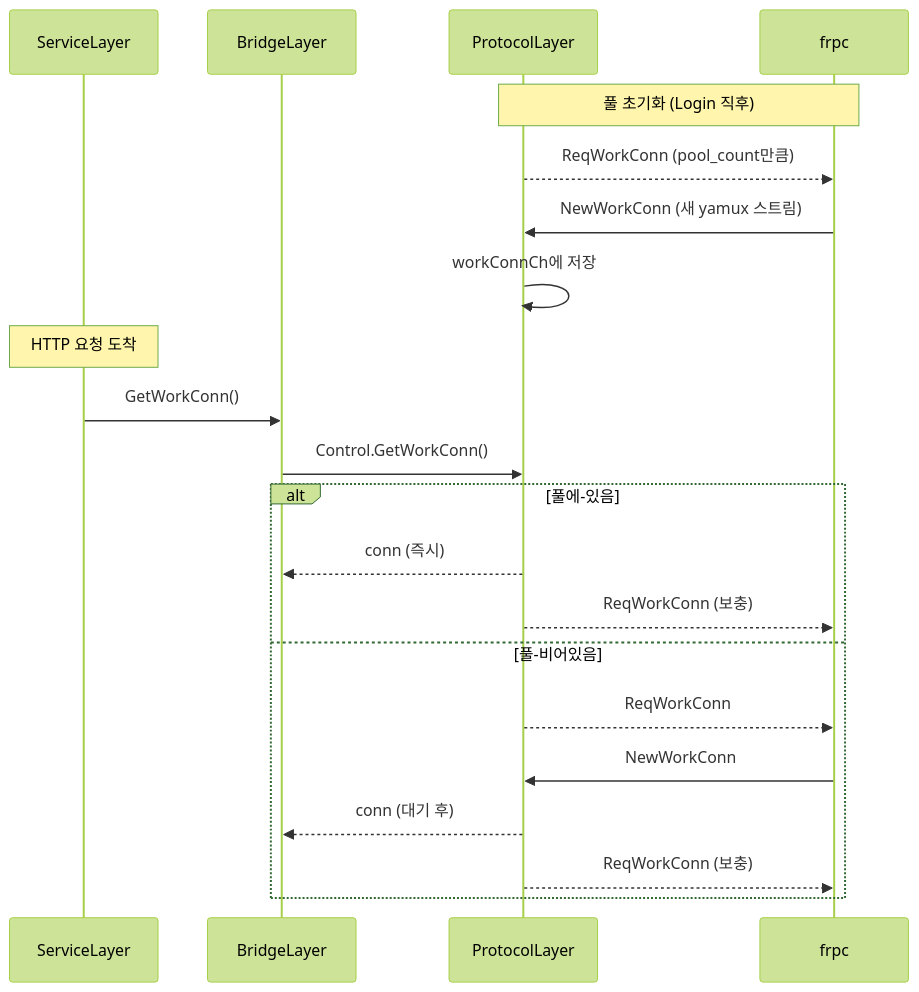
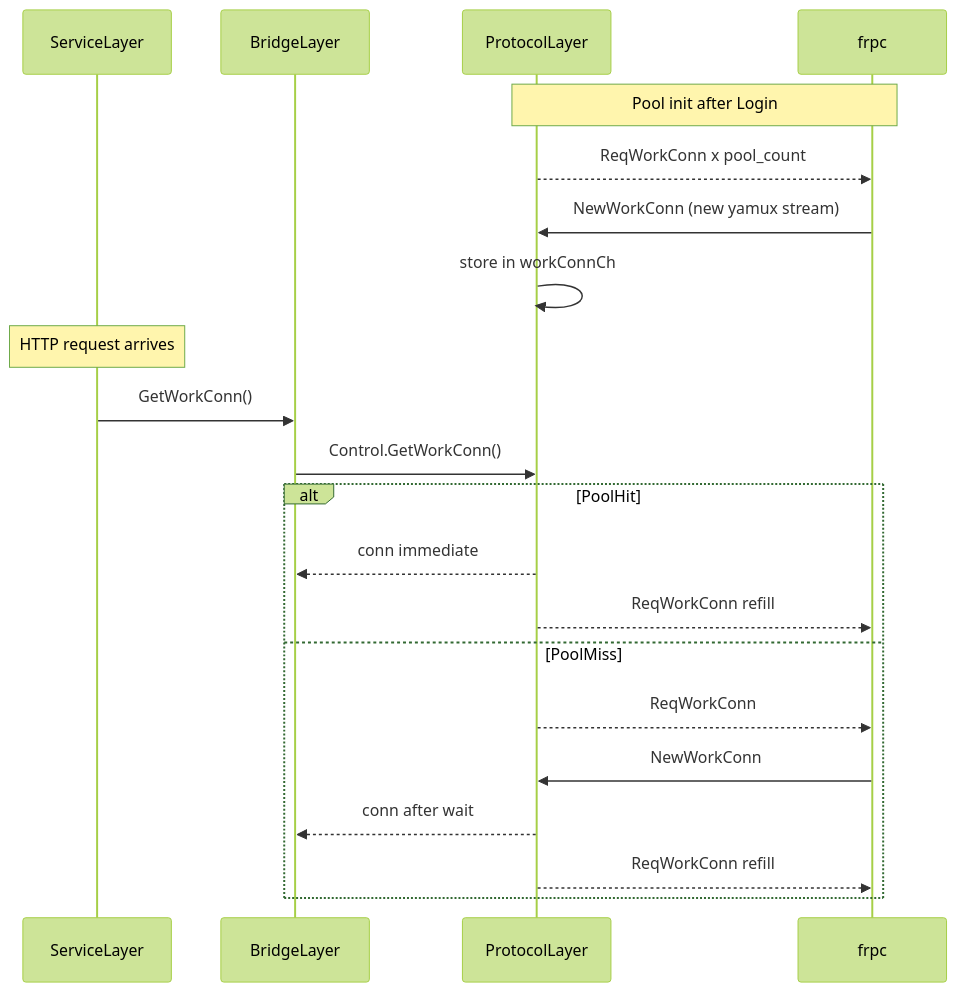
Before and after one commit to cagojeiger/drp: the fifth of 6 diagrams in docs/architecture/protocol-layer.md, drawn with Mermaid (forest theme). The commit also changed other lines of this file and 2 other files, not shown here.

First line of the commit message:
fix(docs): fix Mermaid syntax for VS Code compatibility

````diff
--- a/docs/architecture/protocol-layer.md
+++ b/docs/architecture/protocol-layer.md
@@ -108,26 +108,26 @@
 ```mermaid
 sequenceDiagram
     participant S as ServiceLayer
     participant B as BridgeLayer
     participant P as ProtocolLayer
     participant F as frpc
 
-    Note over P,F: 풀 초기화 (Login 직후)
-    P-->>F: ReqWorkConn (pool_count만큼)
-    F->>P: NewWorkConn (새 yamux 스트림)
-    P->>P: workConnCh에 저장
+    Note over P,F: Pool init after Login
+    P-->>F: ReqWorkConn x pool_count
+    F->>P: NewWorkConn (new yamux stream)
+    P->>P: store in workConnCh
 
-    Note over S: HTTP 요청 도착
+    Note over S: HTTP request arrives
     S->>B: GetWorkConn()
     B->>P: Control.GetWorkConn()
 
-    alt 풀에-있음
-        P-->>B: conn (즉시)
-        P-->>F: ReqWorkConn (보충)
-    else 풀-비어있음
+    alt PoolHit
+        P-->>B: conn immediate
+        P-->>F: ReqWorkConn refill
+    else PoolMiss
         P-->>F: ReqWorkConn
         F->>P: NewWorkConn
-        P-->>B: conn (대기 후)
-        P-->>F: ReqWorkConn (보충)
+        P-->>B: conn after wait
+        P-->>F: ReqWorkConn refill
     end
 ```
````
